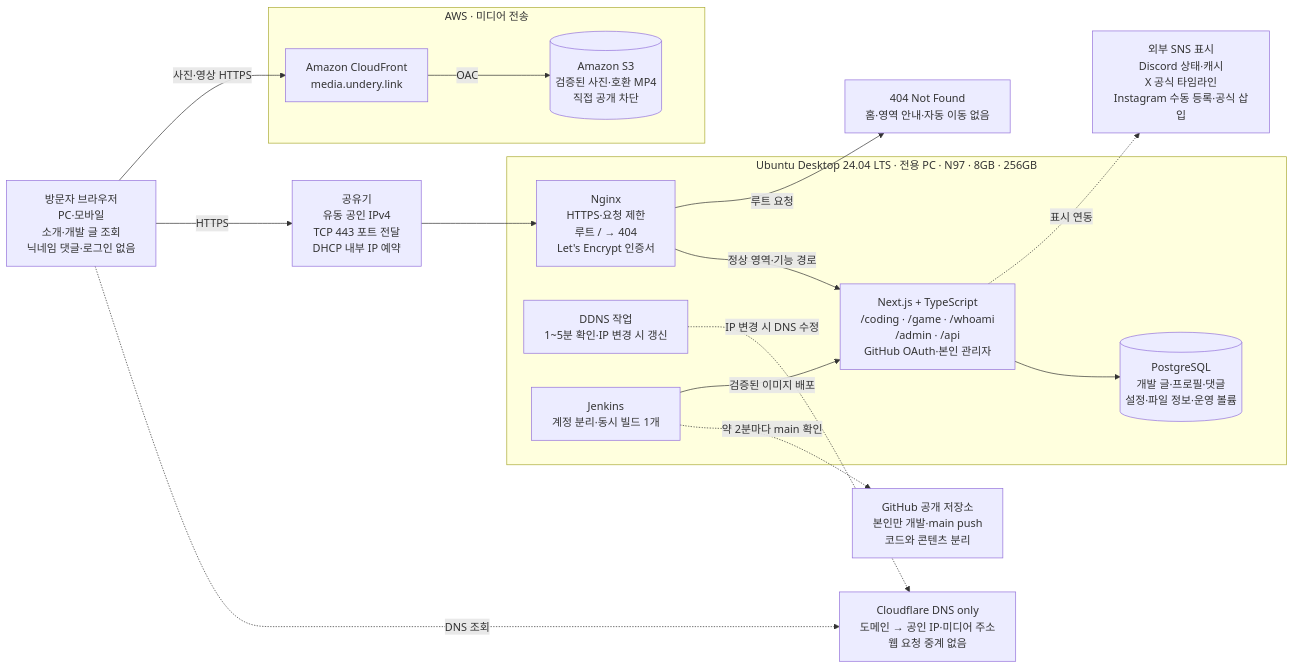
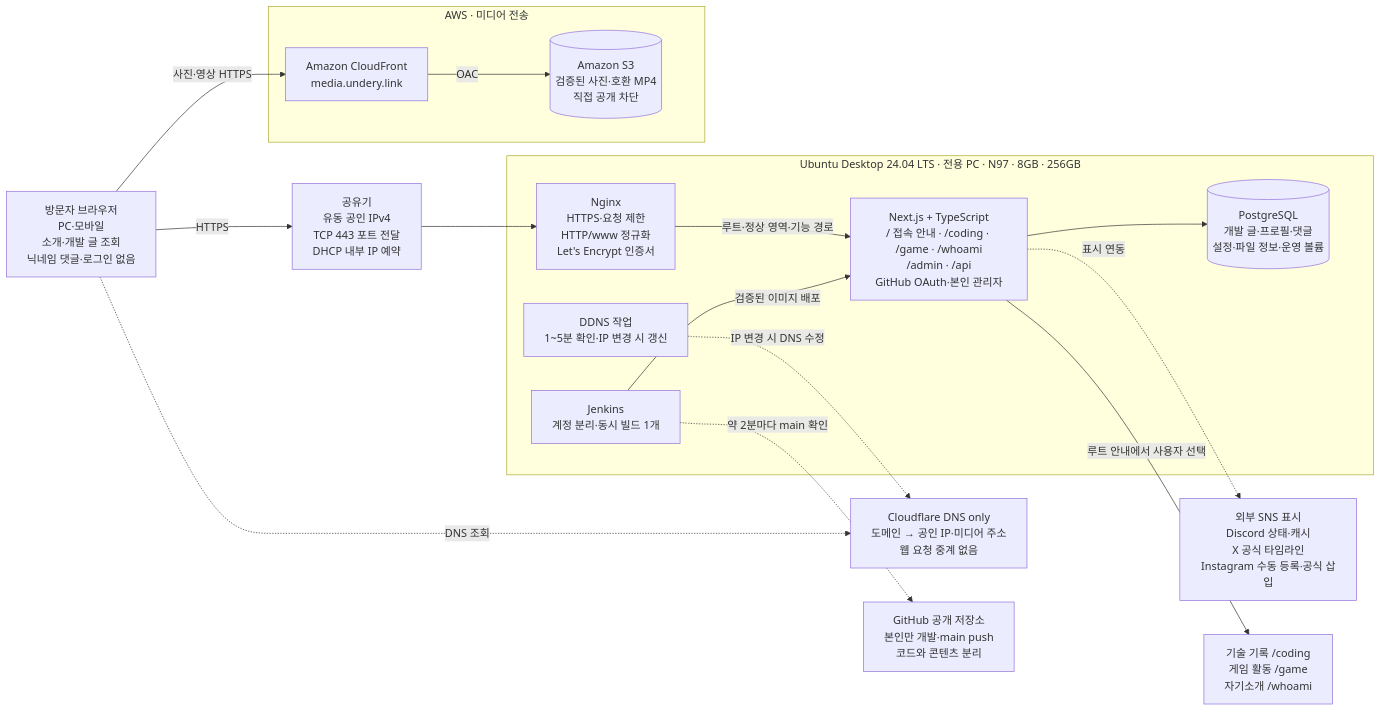
Before and after one commit to Undery33/Introduce_Page: the first of 3 diagrams in README.md, drawn with Mermaid. The commit also changed other lines of this file and 5 other files, not shown here.

````diff
--- a/README.md
+++ b/README.md
@@ -881,28 +886,28 @@
 ```mermaid
 flowchart LR
     U[방문자 브라우저<br/>PC·모바일<br/>소개·개발 글 조회<br/>닉네임 댓글·로그인 없음]
     DNS[Cloudflare DNS only<br/>도메인 → 공인 IP·미디어 주소<br/>웹 요청 중계 없음]
     R[공유기<br/>유동 공인 IPv4<br/>TCP 443 포트 전달<br/>DHCP 내부 IP 예약]
     G[GitHub 공개 저장소<br/>본인만 개발·main push<br/>코드와 콘텐츠 분리]
     subgraph PC[Ubuntu Desktop 24.04 LTS · 전용 PC · N97 · 8GB · 256GB]
-        N[Nginx<br/>HTTPS·요청 제한<br/>루트 / → 404<br/>Let's Encrypt 인증서]
-        APP[Next.js + TypeScript<br/>/coding · /game · /whoami<br/>/admin · /api<br/>GitHub OAuth·본인 관리자]
+        N[Nginx<br/>HTTPS·요청 제한<br/>HTTP/www 정규화<br/>Let's Encrypt 인증서]
+        APP[Next.js + TypeScript<br/>/ 접속 안내 · /coding · /game · /whoami<br/>/admin · /api<br/>GitHub OAuth·본인 관리자]
         DB[(PostgreSQL<br/>개발 글·프로필·댓글<br/>설정·파일 정보·운영 볼륨)]
         DDNS[DDNS 작업<br/>1~5분 확인·IP 변경 시 갱신]
         J[Jenkins<br/>계정 분리·동시 빌드 1개]
     end
     subgraph AWS[AWS · 미디어 전송]
         CF[Amazon CloudFront<br/>media.undery.link]
         S3[(Amazon S3<br/>검증된 사진·호환 MP4<br/>직접 공개 차단)]
     end
     SNS[외부 SNS 표시<br/>Discord 상태·캐시<br/>X 공식 타임라인<br/>Instagram 수동 등록·공식 삽입]
     U -. DNS 조회 .-> DNS
     U -->|HTTPS| R --> N
-    N -->|정상 영역·기능 경로| APP --> DB
-    N -->|루트 요청| NOTFOUND[404 Not Found<br/>홈·영역 안내·자동 이동 없음]
+    N -->|루트·정상 영역·기능 경로| APP --> DB
+    APP -->|루트 안내에서 사용자 선택| DEST[기술 기록 /coding<br/>게임 활동 /game<br/>자기소개 /whoami]
     U -->|사진·영상 HTTPS| CF -->|OAC| S3
     DDNS -. IP 변경 시 DNS 수정 .-> DNS
     J -. 약 2분마다 main 확인 .-> G
     J -->|검증된 이미지 배포| APP
     APP -. 표시 연동 .-> SNS
 ```
````
